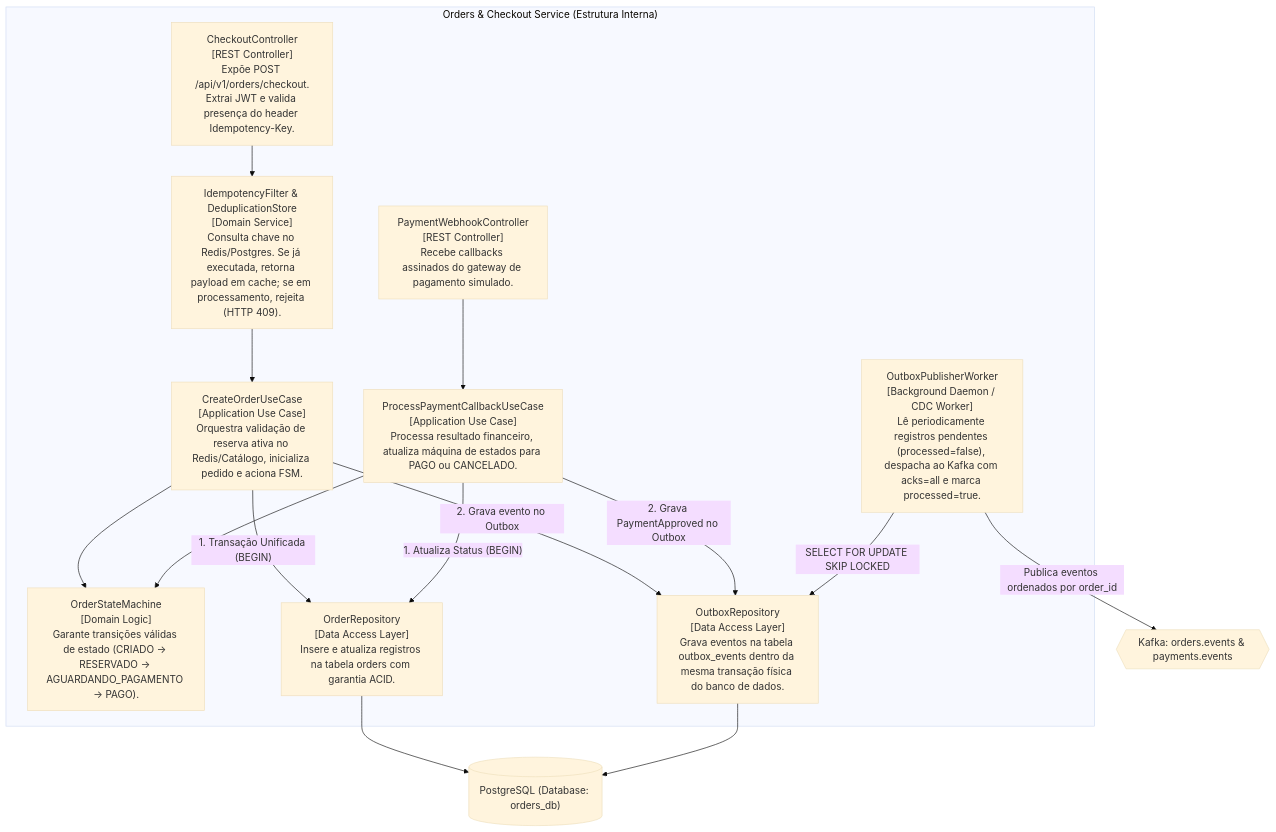
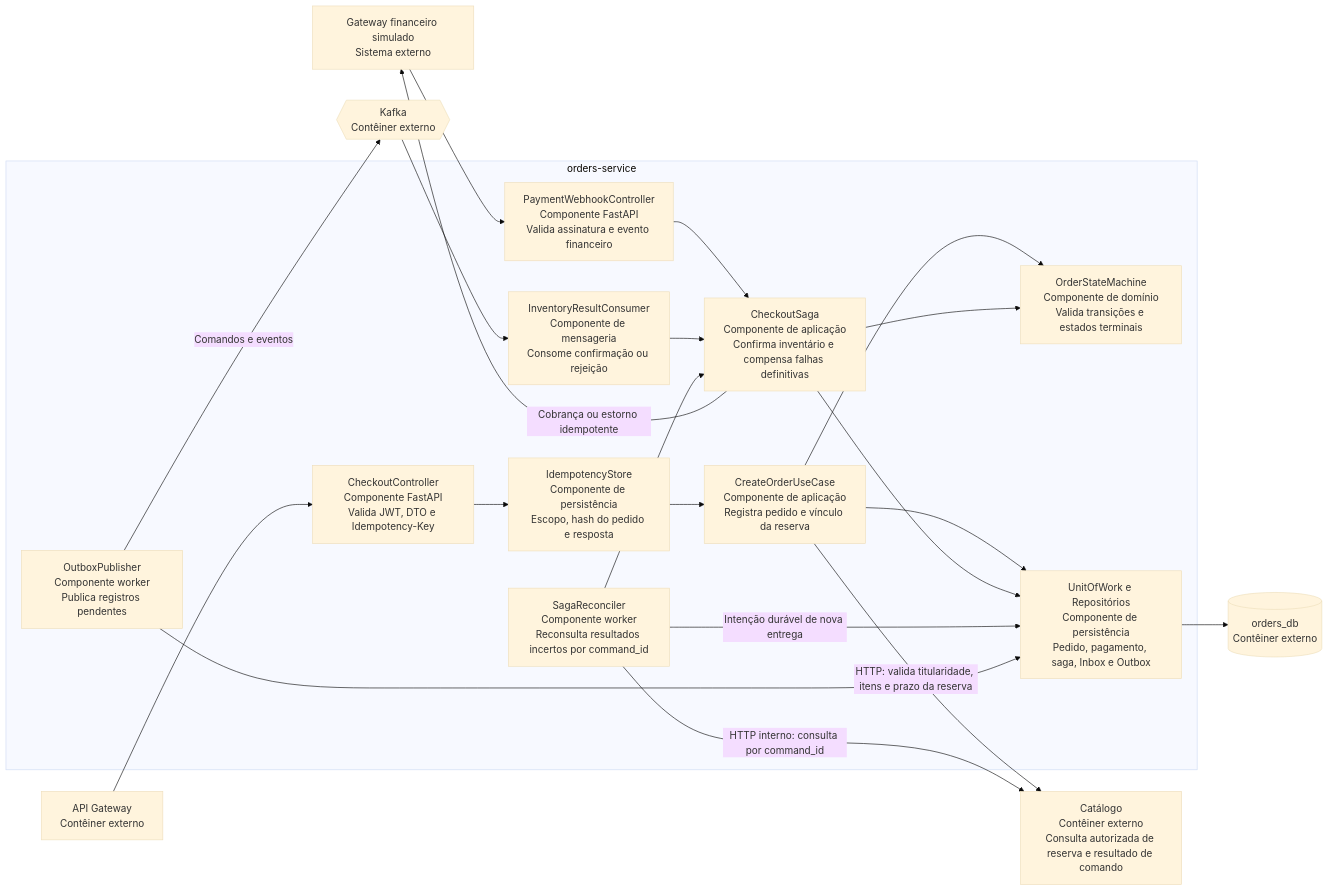
The third of 9 diagrams in production_artifacts/Technical_Specification.md (eduepaz/projeto-integrador-de-construcao-de-software), drawn with Mermaid (base theme) before and after one commit. The commit also changed other lines of this file and 3 other files, not shown here.

````diff
--- a/production_artifacts/Technical_Specification.md
+++ b/production_artifacts/Technical_Specification.md
@@ -157,38 +159,39 @@
 ```mermaid
-flowchart TD
-    subgraph OrdersCheckoutService["Orders & Checkout Service (Estrutura Interna)"]
-        CTRL_CHECKOUT["CheckoutController<br>[REST Controller]<br>Expõe POST /api/v1/orders/checkout.<br>Extrai JWT e valida presença do header Idempotency-Key."]
-        CTRL_PAY_WEBHOOK["PaymentWebhookController<br>[REST Controller]<br>Recebe callbacks assinados do gateway de pagamento simulado."]
-        
-        FILTER_IDEM["IdempotencyFilter & DeduplicationStore<br>[Domain Service]<br>Consulta chave no Redis/Postgres. Se já executada, retorna payload em cache; se em processamento, rejeita (HTTP 409)."]
-        
-        UC_CREATE_ORDER["CreateOrderUseCase<br>[Application Use Case]<br>Orquestra validação de reserva ativa no Redis/Catálogo, inicializa pedido e aciona FSM."]
-        UC_PROCESS_PAY["ProcessPaymentCallbackUseCase<br>[Application Use Case]<br>Processa resultado financeiro, atualiza máquina de estados para PAGO ou CANCELADO."]
-        
-        FSM["OrderStateMachine<br>[Domain Logic]<br>Garante transições válidas de estado (CRIADO -> RESERVADO -> AGUARDANDO_PAGAMENTO -> PAGO)."]
-        
-        REPO_ORDER["OrderRepository<br>[Data Access Layer]<br>Insere e atualiza registros na tabela orders com garantia ACID."]
-        REPO_OUTBOX["OutboxRepository<br>[Data Access Layer]<br>Grava eventos na tabela outbox_events dentro da mesma transação física do banco de dados."]
-        
-        WORKER_OUTBOX["OutboxPublisherWorker<br>[Background Daemon / CDC Worker]<br>Lê periodicamente registros pendentes (processed=false), despacha ao Kafka com acks=all e marca processed=true."]
+flowchart LR
+    API["API Gateway<br/>Contêiner externo"]
+    PAY["Gateway financeiro simulado<br/>Sistema externo"]
+    KAFKA{{"Kafka<br/>Contêiner externo"}}
+    CATALOG["Catálogo<br/>Contêiner externo<br/>Consulta autorizada de reserva e resultado de comando"]
+    DB[("orders_db<br/>Contêiner externo")]
+    subgraph ORD["orders-service"]
+        CTRL["CheckoutController<br/>Componente FastAPI<br/>Valida JWT, DTO e Idempotency-Key"]
+        IDEM["IdempotencyStore<br/>Componente de persistência<br/>Escopo, hash do pedido e resposta"]
+        CREATE["CreateOrderUseCase<br/>Componente de aplicação<br/>Registra pedido e vínculo da reserva"]
+        WEBHOOK["PaymentWebhookController<br/>Componente FastAPI<br/>Valida assinatura e evento financeiro"]
+        SAGA["CheckoutSaga<br/>Componente de aplicação<br/>Confirma inventário e compensa falhas definitivas"]
+        FSM["OrderStateMachine<br/>Componente de domínio<br/>Valida transições e estados terminais"]
+        CONSUMER["InventoryResultConsumer<br/>Componente de mensageria<br/>Consome confirmação ou rejeição"]
+        UOW["UnitOfWork e Repositórios<br/>Componente de persistência<br/>Pedido, pagamento, saga, Inbox e Outbox"]
+        OUT["OutboxPublisher<br/>Componente worker<br/>Publica registros pendentes"]
+        RECON["SagaReconciler<br/>Componente worker<br/>Reconsulta resultados incertos por command_id"]
     end
-
-    CTRL_CHECKOUT --> FILTER_IDEM
-    FILTER_IDEM --> UC_CREATE_ORDER
-    CTRL_PAY_WEBHOOK --> UC_PROCESS_PAY
-    
-    UC_CREATE_ORDER --> FSM
-    UC_PROCESS_PAY --> FSM
-    
-    UC_CREATE_ORDER -->|"1. Transação Unificada (BEGIN)"| REPO_ORDER
-    UC_CREATE_ORDER -->|"2. Grava evento no Outbox"| REPO_OUTBOX
-    
-    UC_PROCESS_PAY -->|"1. Atualiza Status (BEGIN)"| REPO_ORDER
-    UC_PROCESS_PAY -->|"2. Grava PaymentApproved no Outbox"| REPO_OUTBOX
-    
-    REPO_ORDER --> DB_ORDERS[("PostgreSQL (Database: orders_db)")]
-    REPO_OUTBOX --> DB_ORDERS
-    
-    WORKER_OUTBOX -->|"SELECT FOR UPDATE SKIP LOCKED"| REPO_OUTBOX
-    WORKER_OUTBOX -->|"Publica eventos ordenados por order_id"| KAFKA_BROKER{{"Kafka: orders.events & payments.events"}}
+    API --> CTRL
+    CTRL --> IDEM
+    IDEM --> CREATE
+    CREATE --> FSM
+    CREATE --> UOW
+    CREATE -->|"HTTP: valida titularidade, itens e prazo da reserva"| CATALOG
+    PAY --> WEBHOOK
+    WEBHOOK --> SAGA
+    KAFKA --> CONSUMER
+    CONSUMER --> SAGA
+    SAGA --> FSM
+    SAGA --> UOW
+    SAGA -->|"Cobrança ou estorno idempotente"| PAY
+    RECON --> SAGA
+    RECON -->|"HTTP interno: consulta por command_id"| CATALOG
+    RECON -->|"Intenção durável de nova entrega"| UOW
+    UOW --> DB
+    OUT --> UOW
+    OUT -->|"Comandos e eventos"| KAFKA
 ```
````
